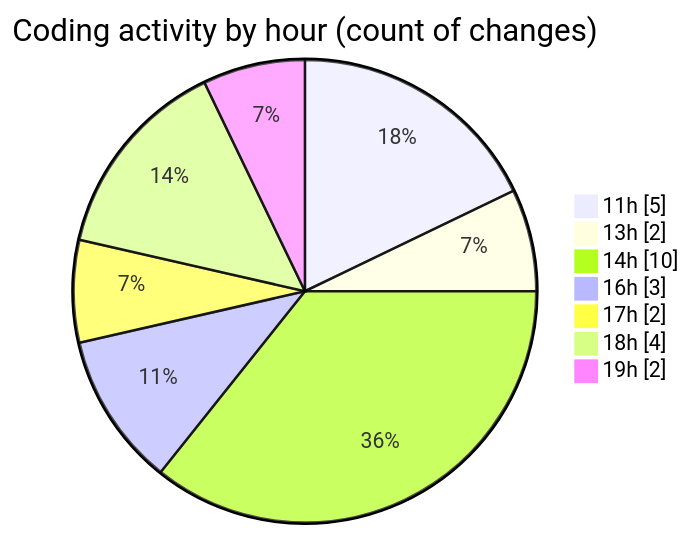
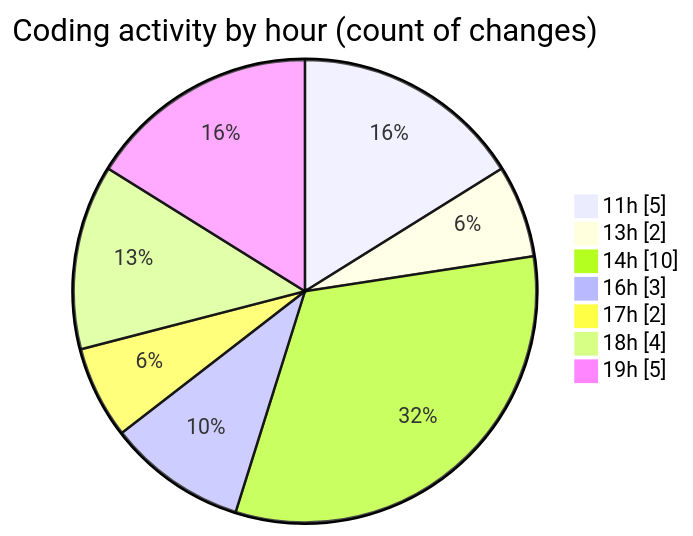
The second of 2 diagrams in 2025-10-27/usr_aleoudev_fr__workspace_/README.md (julien-gomy/code-tracking), drawn with Mermaid before and after one commit. The commit also changed other lines of this file and 1 other file, not shown here.

````diff
--- a/2025-10-27/usr_aleoudev_fr__workspace_/README.md
+++ b/2025-10-27/usr_aleoudev_fr__workspace_/README.md
@@ -36,11 +36,11 @@
 ```mermaid
 pie showData
 title Coding activity by hour (count of changes)
 "11h" : 5
 "13h" : 2
 "14h" : 10
 "16h" : 3
 "17h" : 2
 "18h" : 4
-"19h" : 2
+"19h" : 5
 ```
````
